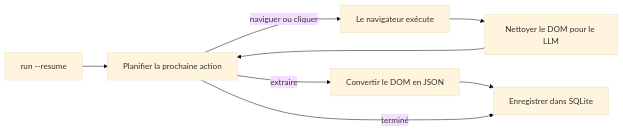
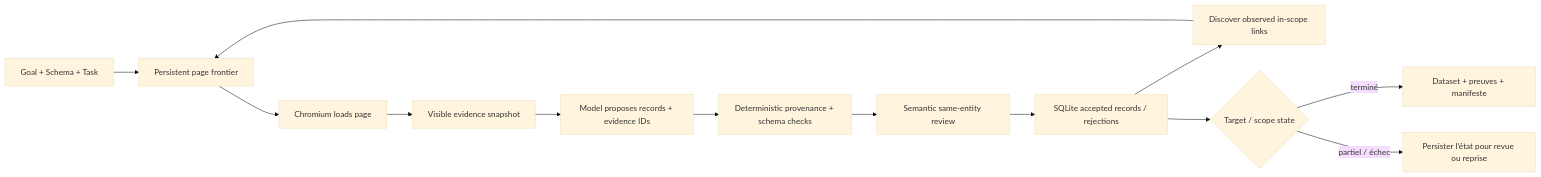
The diagram in .github/readme/README.fr.md (EmanueleTorrisi/verboisy), drawn with Mermaid (base theme) before and after one commit. The commit also changed other lines of this file, not shown here.

````diff
--- a/.github/readme/README.fr.md
+++ b/.github/readme/README.fr.md
@@ -191,10 +168,15 @@
 ```mermaid
 flowchart LR
-    F[run --resume] --> A
-    A[Planifier la prochaine action] -->|naviguer ou cliquer| B[Le navigateur exécute]
-    A -->|extraire| C[Convertir le DOM en JSON]
-    B --> D[Nettoyer le DOM pour le LLM]
-    D --> A
-    C --> E[Enregistrer dans SQLite]
-    A -->|terminé| E
+    A[Goal + Schema + Task] --> B[Persistent page frontier]
+    B --> C[Chromium loads page]
+    C --> D[Visible evidence snapshot]
+    D --> E[Model proposes records + evidence IDs]
+    E --> F[Deterministic provenance + schema checks]
+    F --> G[Semantic same-entity review]
+    G --> H[SQLite accepted records / rejections]
+    H --> I[Discover observed in-scope links]
+    I --> B
+    H --> J{Target / scope state}
+    J -->|terminé| K[Dataset + preuves + manifeste]
+    J -->|partiel / échec| L[Persister l’état pour revue ou reprise]
 ```
````
